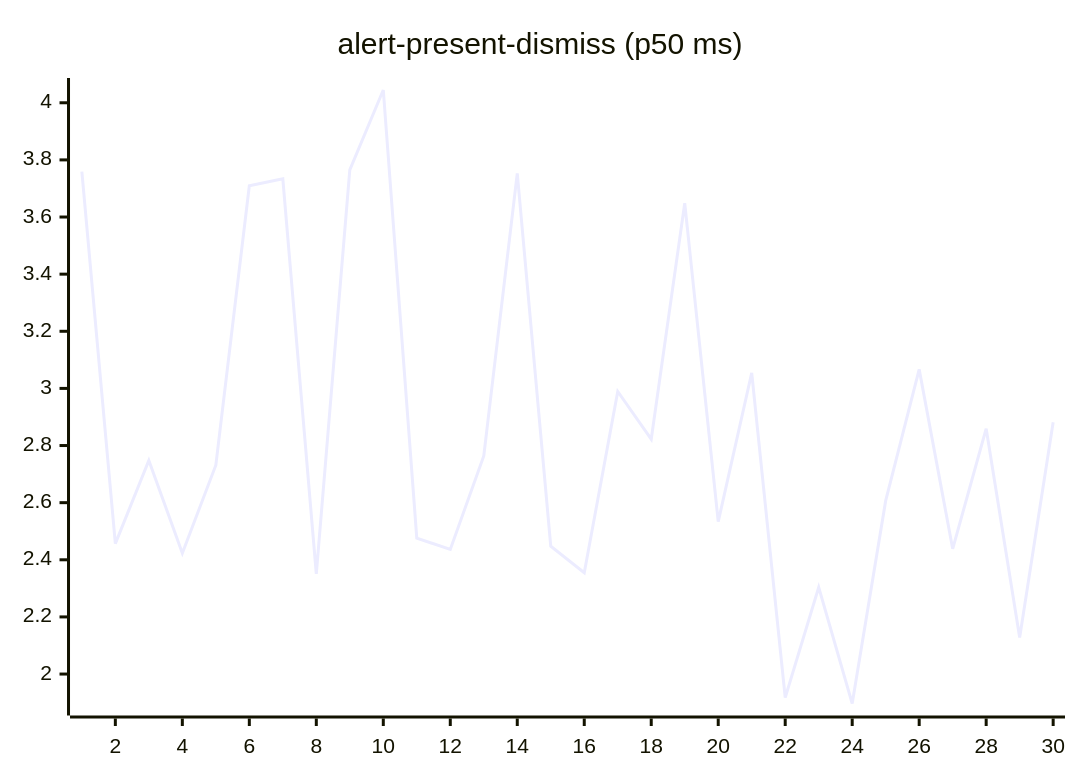
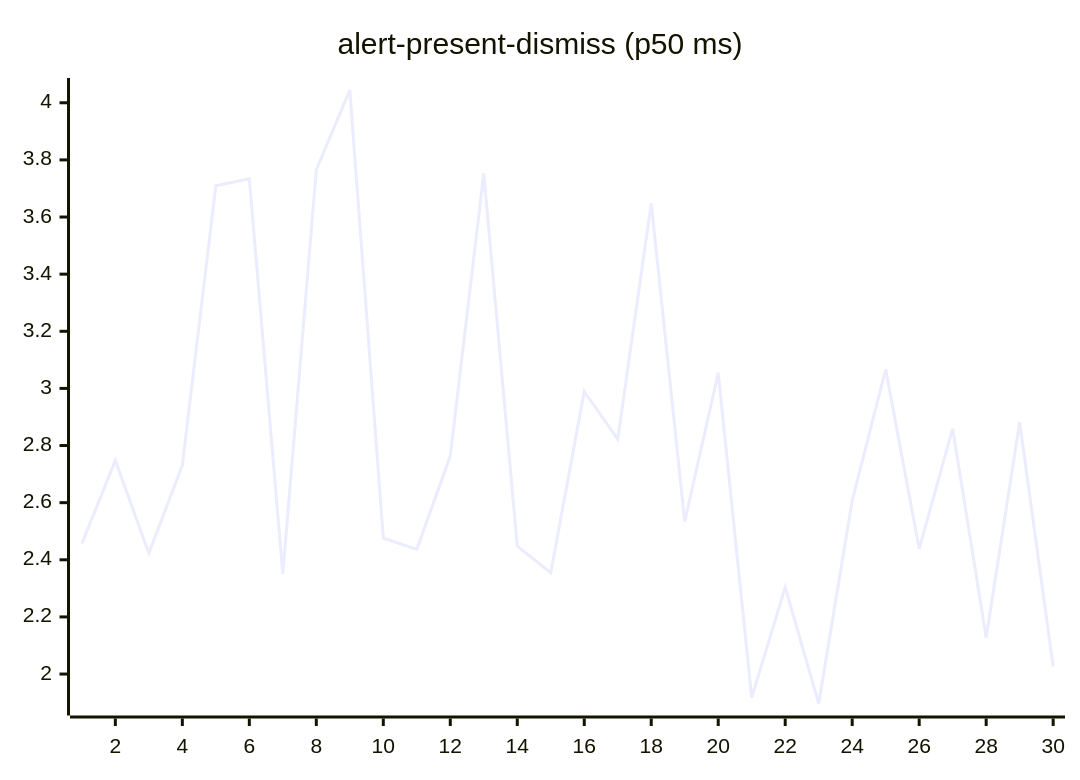
The second of 27 diagrams in README.md (josha/Facet), drawn with Mermaid before and after one commit. The commit also changed other lines of this file and 2 other files, not shown here.

````diff
--- a/README.md
+++ b/README.md
@@ -70,6 +70,6 @@
 ```mermaid
 xychart-beta
     title "alert-present-dismiss (p50 ms)"
     x-axis 1 --> 30
-    line [3.7592, 2.4564, 2.7475, 2.4232, 2.7312, 3.7096, 3.7340, 2.3506, 3.7650, 4.0447, 2.4759, 2.4363, 2.7635, 3.7527, 2.4474, 2.3546, 2.9892, 2.8222, 3.6482, 2.5337, 3.0542, 1.9177, 2.3034, 1.8969, 2.6071, 3.0667, 2.4384, 2.8591, 2.1282, 2.8816]
+    line [2.4564, 2.7475, 2.4232, 2.7312, 3.7096, 3.7340, 2.3506, 3.7650, 4.0447, 2.4759, 2.4363, 2.7635, 3.7527, 2.4474, 2.3546, 2.9892, 2.8222, 3.6482, 2.5337, 3.0542, 1.9177, 2.3034, 1.8969, 2.6071, 3.0667, 2.4384, 2.8591, 2.1282, 2.8816, 2.0266]
 ```
````
